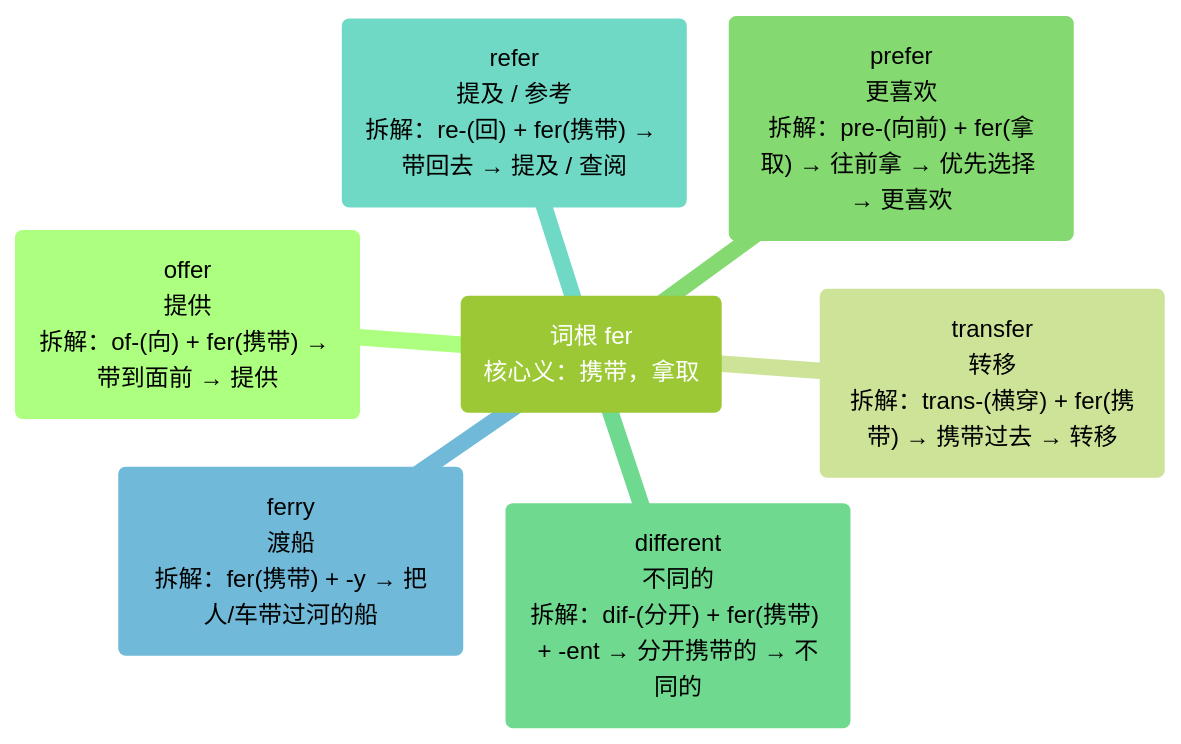
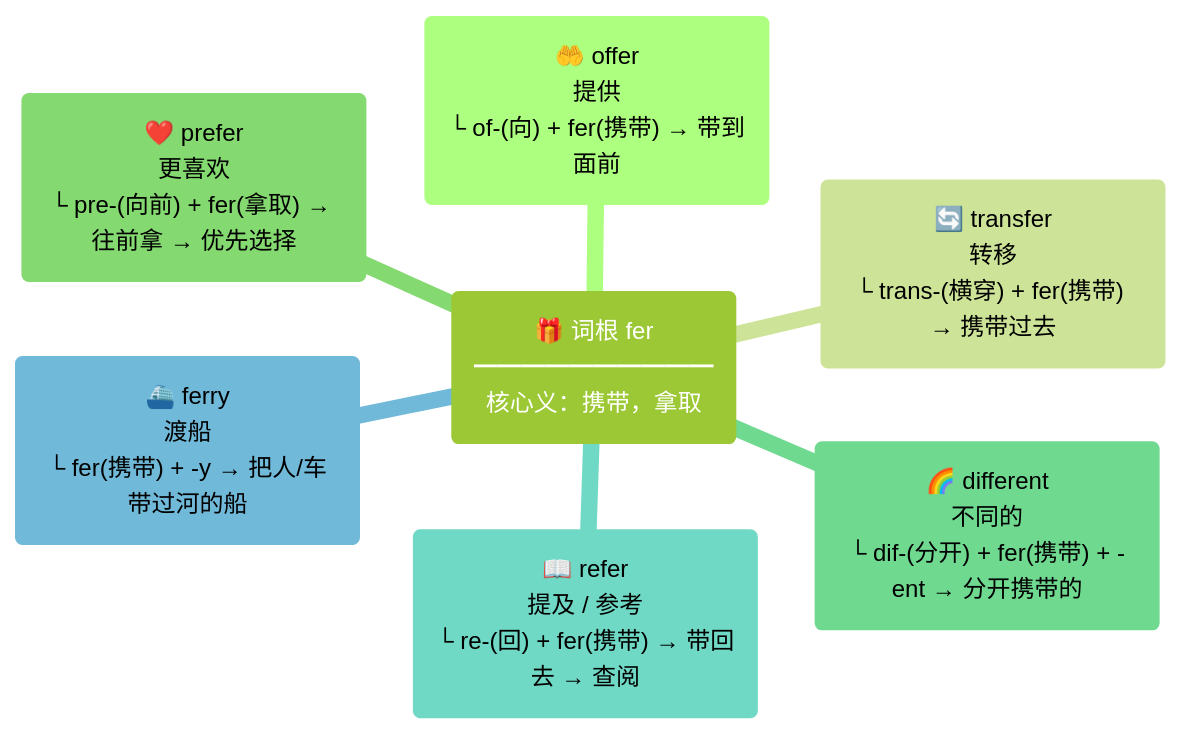
The sixth of 31 diagrams in files/other/e.md (suhuide/h), drawn with Mermaid (forest theme) before and after one commit. The commit also changed other lines of this file, not shown here.

````diff
--- a/files/other/e.md
+++ b/files/other/e.md
@@ -60,10 +60,10 @@
 ```mermaid
 mindmap
-  root("词根 fer<br>核心义：携带，拿取")
-    offer("offer<br>提供<br>拆解：of-(向) + fer(携带) → 带到面前 → 提供")
-    transfer("transfer<br>转移<br>拆解：trans-(横穿) + fer(携带) → 携带过去 → 转移")
-    prefer("prefer<br>更喜欢<br>拆解：pre-(向前) + fer(拿取) → 往前拿 → 优先选择 → 更喜欢")
-    different("different<br>不同的<br>拆解：dif-(分开) + fer(携带) + -ent → 分开携带的 → 不同的")
-    refer("refer<br>提及 / 参考<br>拆解：re-(回) + fer(携带) → 带回去 → 提及 / 查阅")
-    ferry("ferry<br>渡船<br>拆解：fer(携带) + -y → 把人/车带过河的船")
+  root("🎁 词根 fer<br>━━━━━━━━━━<br>核心义：携带，拿取")
+    offer("🤲 offer<br>提供<br>└ of-(向) + fer(携带) → 带到面前")
+    transfer("🔄 transfer<br>转移<br>└ trans-(横穿) + fer(携带) → 携带过去")
+    prefer("❤️ prefer<br>更喜欢<br>└ pre-(向前) + fer(拿取) → 往前拿 → 优先选择")
+    different("🌈 different<br>不同的<br>└ dif-(分开) + fer(携带) + -ent → 分开携带的")
+    refer("📖 refer<br>提及 / 参考<br>└ re-(回) + fer(携带) → 带回去 → 查阅")
+    ferry("⛴️ ferry<br>渡船<br>└ fer(携带) + -y → 把人/车带过河的船")
 ```
````
